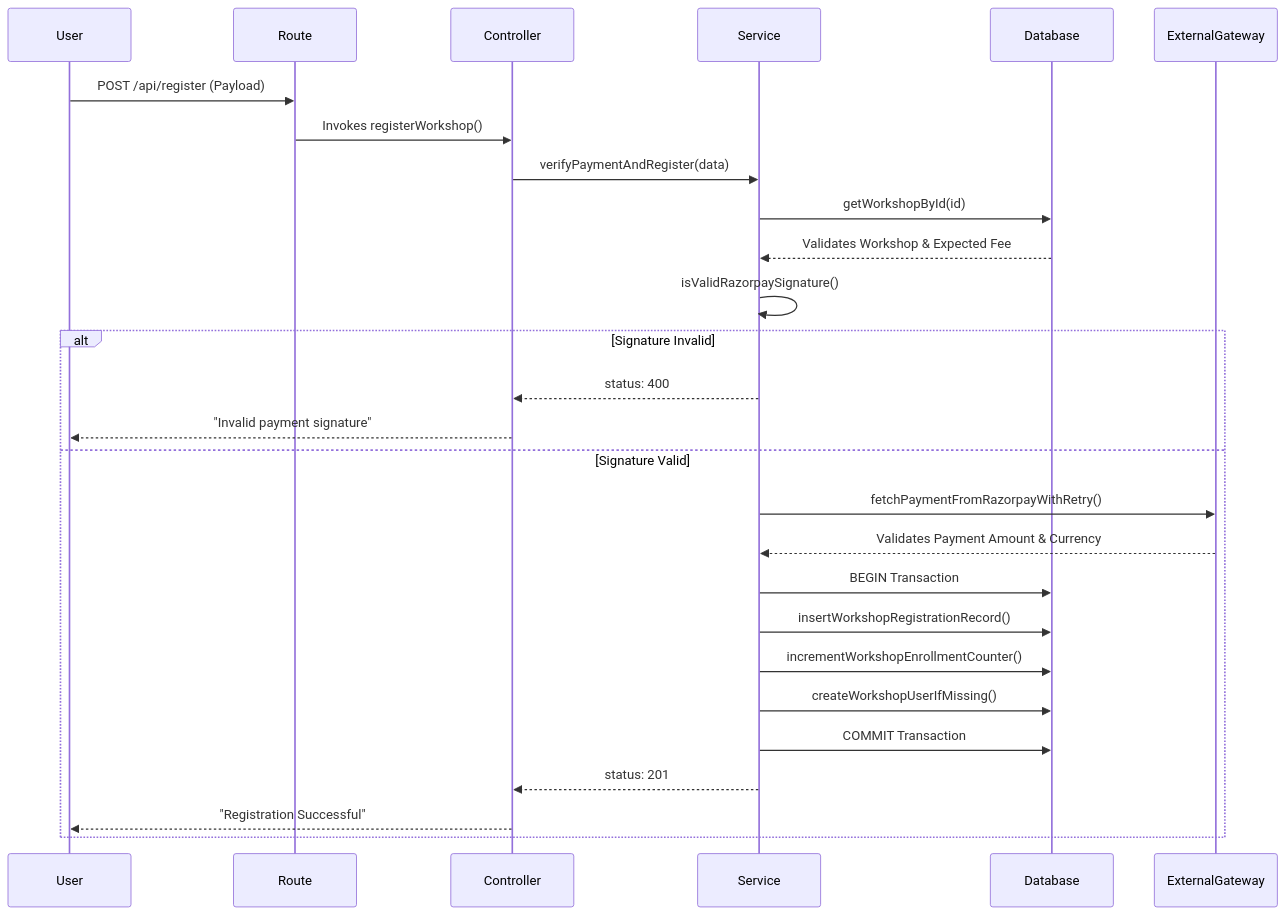
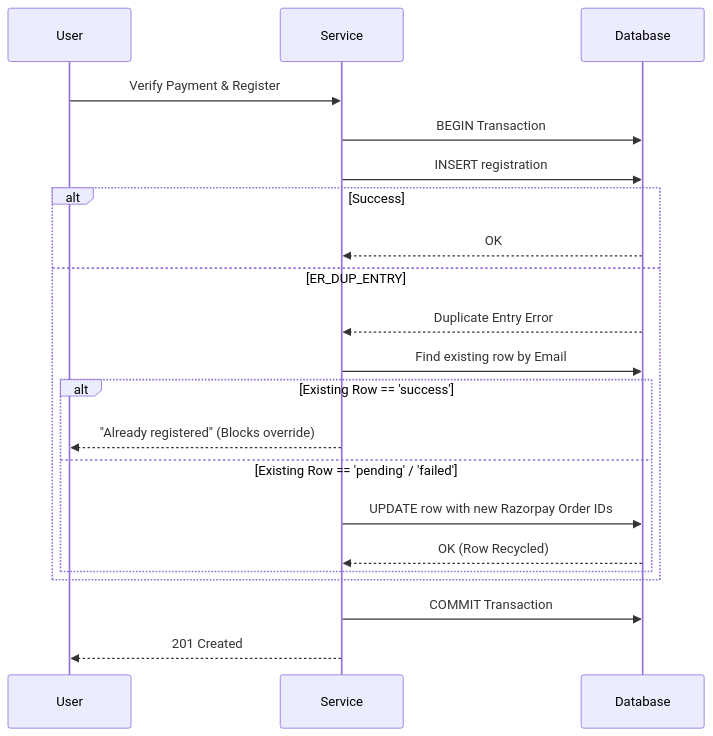
One commit to deepa11042004/Auth-Backend changed the fourth of 4 diagrams in Documentation/Business_Logic_Doc.md. Above: the diagram before and after it, drawn with Mermaid. The commit also changed other lines of this file, not shown here.

````diff
--- a/Documentation/Business_Logic_Doc.md
+++ b/Documentation/Business_Logic_Doc.md
@@ -278,30 +256,24 @@
 ```mermaid
 sequenceDiagram
     participant User
-    participant Route
-    participant Controller
     participant Service
     participant Database
-    participant ExternalGateway
 
-    User->>Route: POST /api/register (Payload)
-    Route->>Controller: Invokes registerWorkshop()
-    Controller->>Service: verifyPaymentAndRegister(data)
-    Service->>Database: getWorkshopById(id)
-    Database-->>Service: Validates Workshop & Expected Fee
-    Service->>Service: isValidRazorpaySignature()
-    alt Signature Invalid
-        Service-->>Controller: status: 400
-        Controller-->>User: "Invalid payment signature"
-    else Signature Valid
-        Service->>ExternalGateway: fetchPaymentFromRazorpayWithRetry()
-        ExternalGateway-->>Service: Validates Payment Amount & Currency
-        Service->>Database: BEGIN Transaction
-        Service->>Database: insertWorkshopRegistrationRecord()
-        Service->>Database: incrementWorkshopEnrollmentCounter()
-        Service->>Database: createWorkshopUserIfMissing()
-        Service->>Database: COMMIT Transaction
-        Service-->>Controller: status: 201
-        Controller-->>User: "Registration Successful"
+    User->>Service: Verify Payment & Register
+    Service->>Database: BEGIN Transaction
+    Service->>Database: INSERT registration
+    alt Success
+        Database-->>Service: OK
+    else ER_DUP_ENTRY
+        Database-->>Service: Duplicate Entry Error
+        Service->>Database: Find existing row by Email
+        alt Existing Row == 'success'
+            Service-->>User: "Already registered" (Blocks override)
+        else Existing Row == 'pending' / 'failed'
+            Service->>Database: UPDATE row with new Razorpay Order IDs
+            Database-->>Service: OK (Row Recycled)
+        end
     end
+    Service->>Database: COMMIT Transaction
+    Service-->>User: 201 Created
 ```
````
